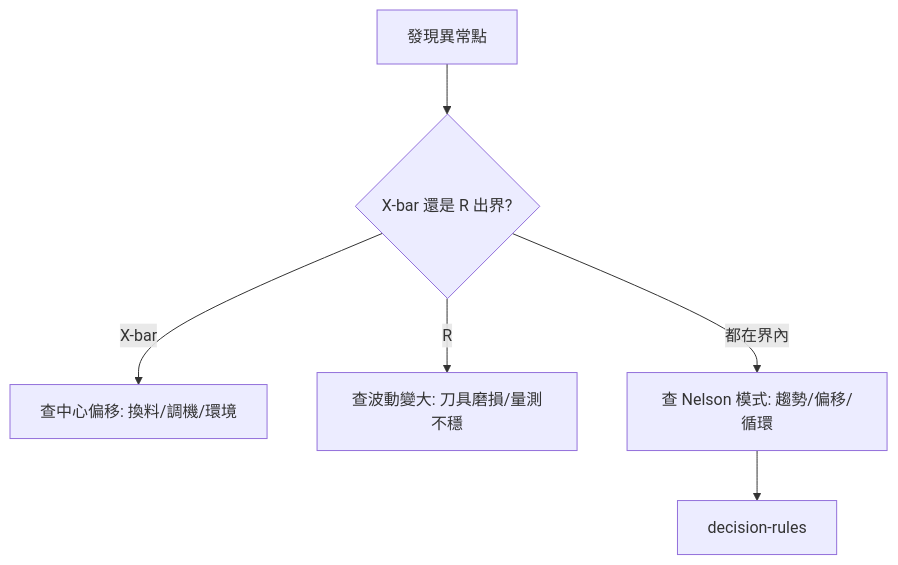
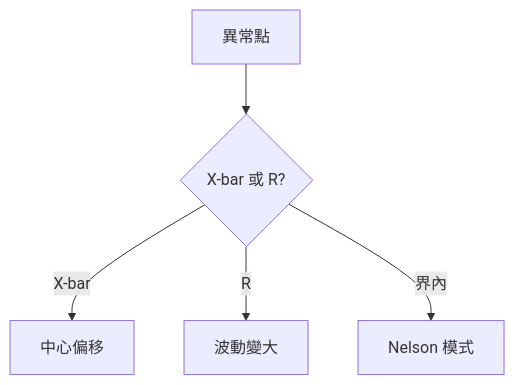
Before and after one commit to LonelyYeezhiChicken/chicken-personal: the diagram in docs/spc/exception-handling/spcDebugging.md, drawn with Mermaid. The commit also changed other lines of this file and 25 other files, not shown here.

````diff
--- a/docs/spc/exception-handling/spcDebugging.md
+++ b/docs/spc/exception-handling/spcDebugging.md
@@ -21,8 +27,7 @@
 ```mermaid
 flowchart TD
-  Point[發現異常點] --> Which{X-bar 還是 R 出界?}
-  Which -->|X-bar| Center[查中心偏移: 換料/調機/環境]
-  Which -->|R| Spread[查波動變大: 刀具磨損/量測不穩]
-  Which -->|都在界內| Pattern[查 Nelson 模式: 趨勢/偏移/循環]
-  Pattern --> Rules[decision-rules]
+  Point[異常點] --> Which{X-bar 或 R?}
+  Which -->|X-bar| Center[中心偏移]
+  Which -->|R| Spread[波動變大]
+  Which -->|界內| Pattern[Nelson 模式]
 ```
````
